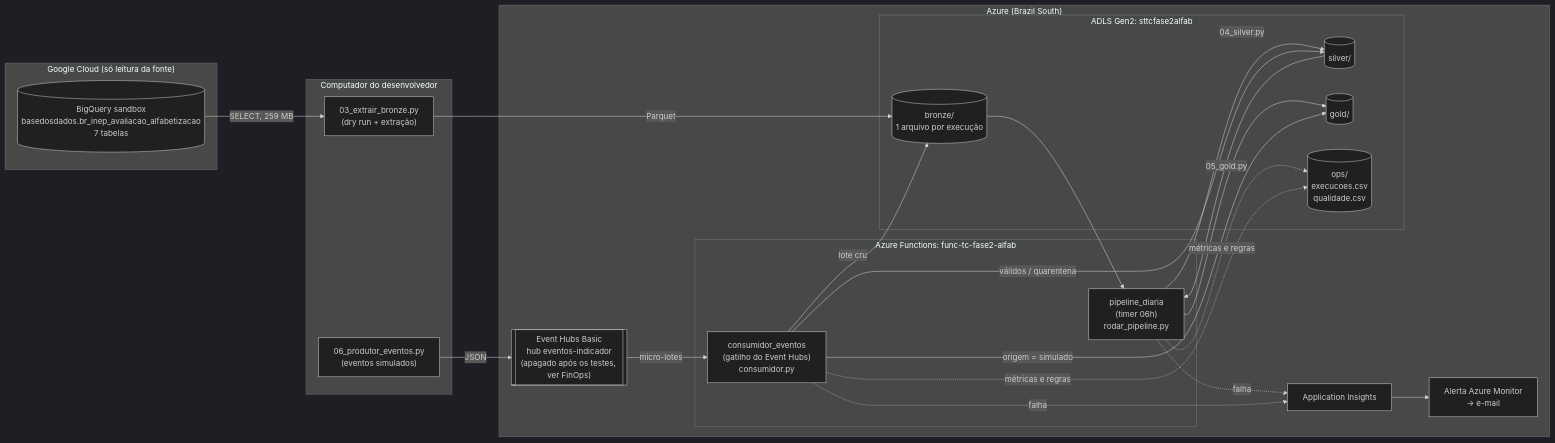
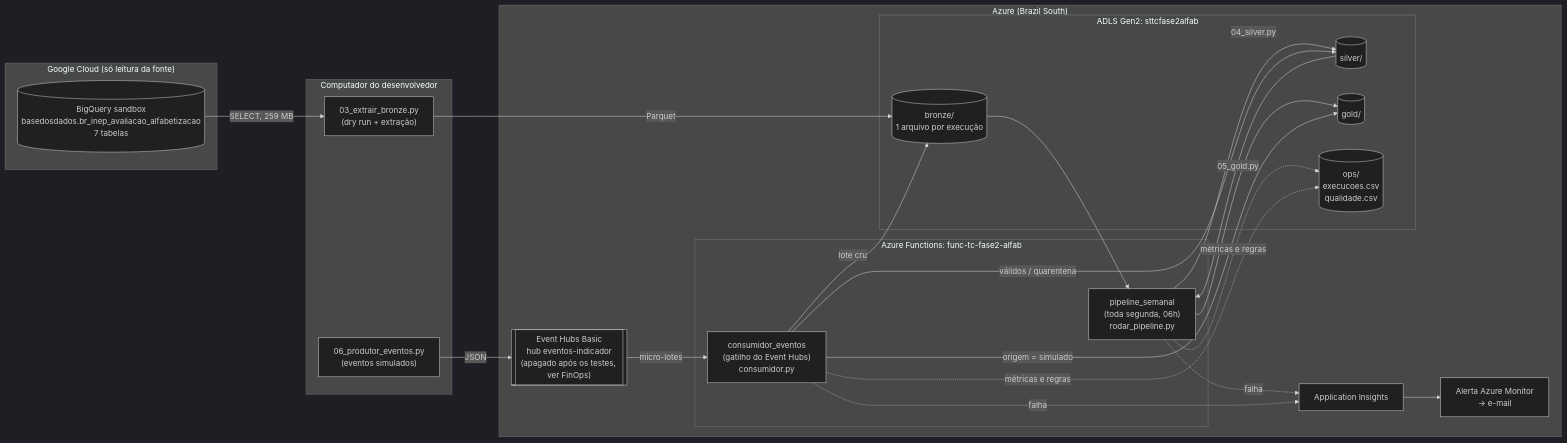
Before and after one commit to gvdsaturno-dados/tech_challenge_fase2: the diagram in README.md, drawn with Mermaid (dark theme). The commit also changed other lines of this file and 4 other files, not shown here.

Commit message:
Pipeline batch semanal com data de encerramento do agendamento

````diff
--- a/README.md
+++ b/README.md
@@ -35,40 +35,40 @@
 ```mermaid
 flowchart LR
     subgraph GCP["Google Cloud (só leitura da fonte)"]
         BQ[("BigQuery sandbox<br/>basedosdados.br_inep_avaliacao_alfabetizacao<br/>7 tabelas")]
     end
 
     subgraph LOCAL["Computador do desenvolvedor"]
         EXT["03_extrair_bronze.py<br/>(dry run + extração)"]
         PROD["06_produtor_eventos.py<br/>(eventos simulados)"]
     end
 
     subgraph AZ["Azure (Brazil South)"]
         EH[["Event Hubs Basic<br/>hub eventos-indicador<br/>(apagado após os testes, ver FinOps)"]]
         subgraph ADLS["ADLS Gen2: sttcfase2alfab"]
             B[("bronze/<br/>1 arquivo por execução")]
             S[("silver/")]
             G[("gold/")]
             O[("ops/<br/>execucoes.csv<br/>qualidade.csv")]
         end
         subgraph FUNC["Azure Functions: func-tc-fase2-alfab"]
-            F1["pipeline_diaria<br/>(timer 06h)<br/>rodar_pipeline.py"]
+            F1["pipeline_semanal<br/>(toda segunda, 06h)<br/>rodar_pipeline.py"]
             F2["consumidor_eventos<br/>(gatilho do Event Hubs)<br/>consumidor.py"]
         end
         AI["Application Insights"]
         AL["Alerta Azure Monitor<br/>→ e-mail"]
     end
 
     BQ -->|SELECT, 259 MB| EXT -->|Parquet| B
     B --> F1 -->|04_silver.py| S
     S --> F1 -->|05_gold.py| G
     PROD -->|JSON| EH -->|micro-lotes| F2
     F2 -->|lote cru| B
     F2 -->|válidos / quarentena| S
     F2 -->|origem = simulado| G
     F1 -. métricas e regras .-> O
     F2 -. métricas e regras .-> O
     F1 -. falha .-> AI
     F2 -. falha .-> AI
     AI --> AL
 ```
````
